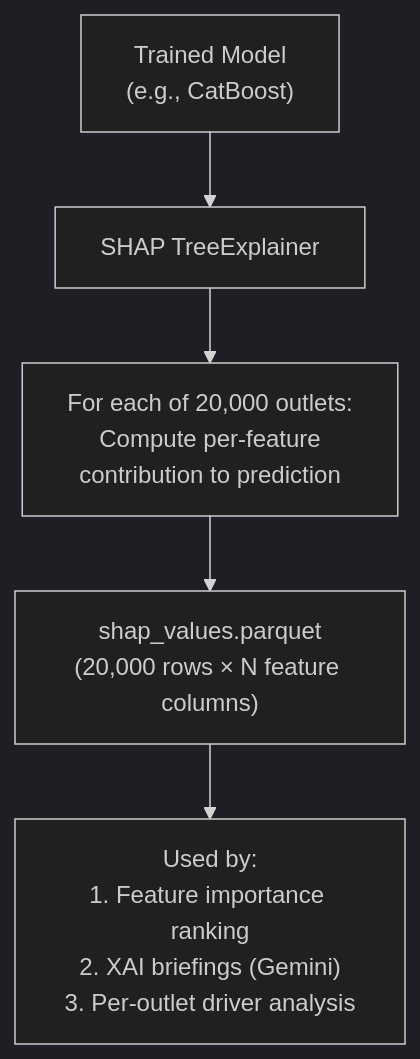
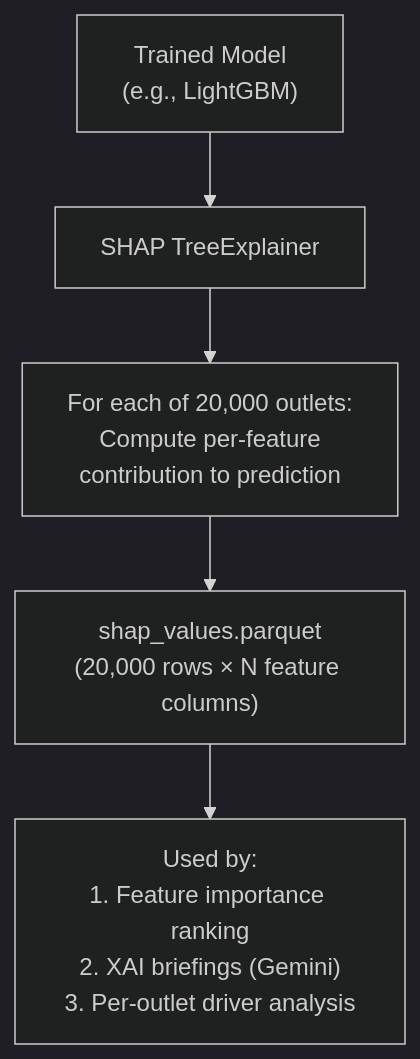
Before and after one commit to The-DarK-Knight-2K/BigBugDataStorm: diagram 28 of 36 in docs/understanding/modelling_layer_details.md, drawn with Mermaid (dark theme). The commit also changed other lines of this file and 12 other files, not shown here.

````diff
--- a/docs/understanding/modelling_layer_details.md
+++ b/docs/understanding/modelling_layer_details.md
@@ -1209,7 +1208,7 @@
 ```mermaid
 graph TD
-    A["Trained Model\n(e.g., CatBoost)"] --> B["SHAP TreeExplainer"]
+    A["Trained Model\n(e.g., LightGBM)"] --> B["SHAP TreeExplainer"]
     B --> C["For each of 20,000 outlets:\nCompute per-feature\ncontribution to prediction"]
     C --> D["shap_values.parquet\n(20,000 rows × N feature columns)"]
     D --> E["Used by:\n1. Feature importance ranking\n2. XAI briefings (Gemini)\n3. Per-outlet driver analysis"]
 ```
````
